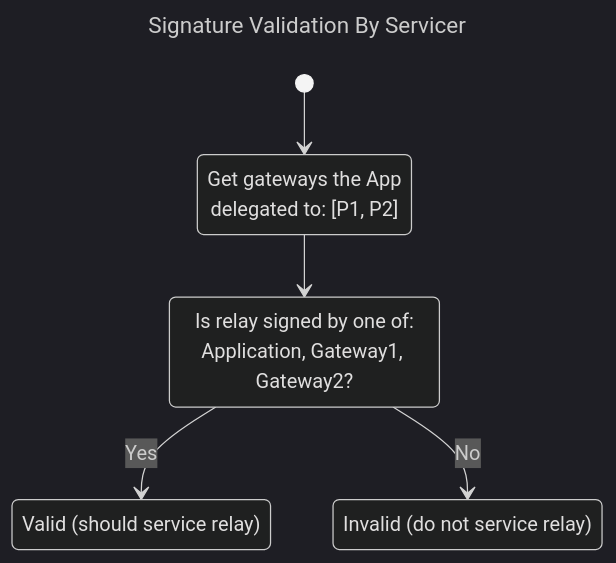
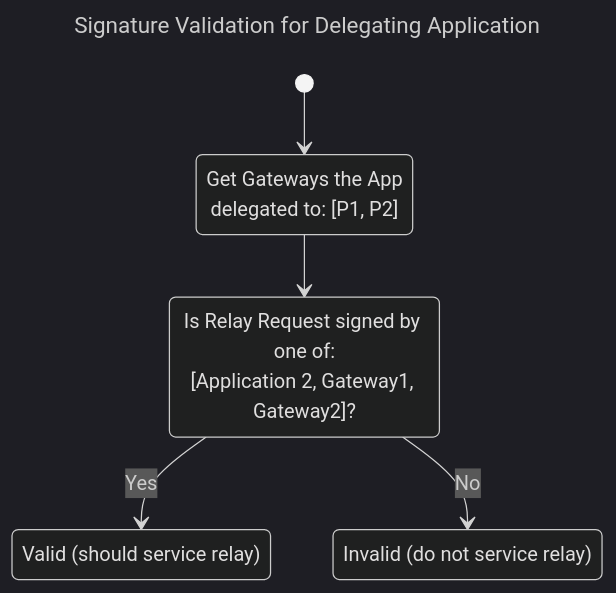
One commit to pokt-network/poktroll changed the sixth of 6 diagrams in docusaurus/docs/protocol/gateways.md. Above: the diagram before and after it, drawn with Mermaid (dark theme). The commit also changed other lines of this file and 3 other files, not shown here.

````diff
--- a/docusaurus/docs/protocol/gateways.md
+++ b/docusaurus/docs/protocol/gateways.md
@@ -129,17 +245,17 @@
 ```mermaid
 ---
-title: Signature Validation By Servicer
+title: Signature Validation for Delegating Application
 ---
 stateDiagram-v2
-    state "Get gateways the App<br>delegated to: [P1, P2]" as getGateways
-    state "Is relay signed by one of:<br>Application, Gateway1, Gateway2?" as sigCheck
+    state "Get Gateways the App<br>delegated to: [P1, P2]" as getGateways
+    state "Is Relay Request signed by one of:<br>[Application 2, Gateway1, Gateway2]?" as sigCheck
 
     state "Valid (should service relay)" as Valid
     state "Invalid (do not service relay)" as Invalid
 
     [*] --> getGateways
     getGateways --> sigCheck
 
     sigCheck --> Valid: Yes
     sigCheck --> Invalid: No
 ```
````
